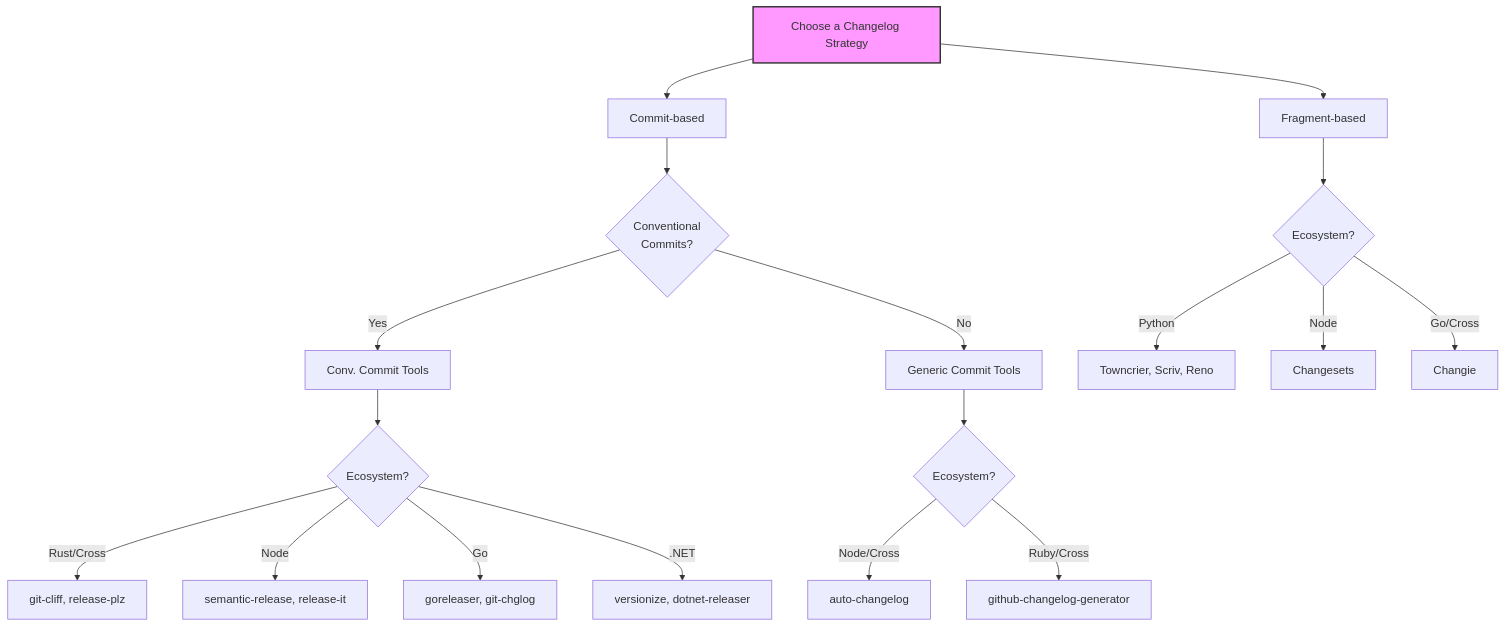
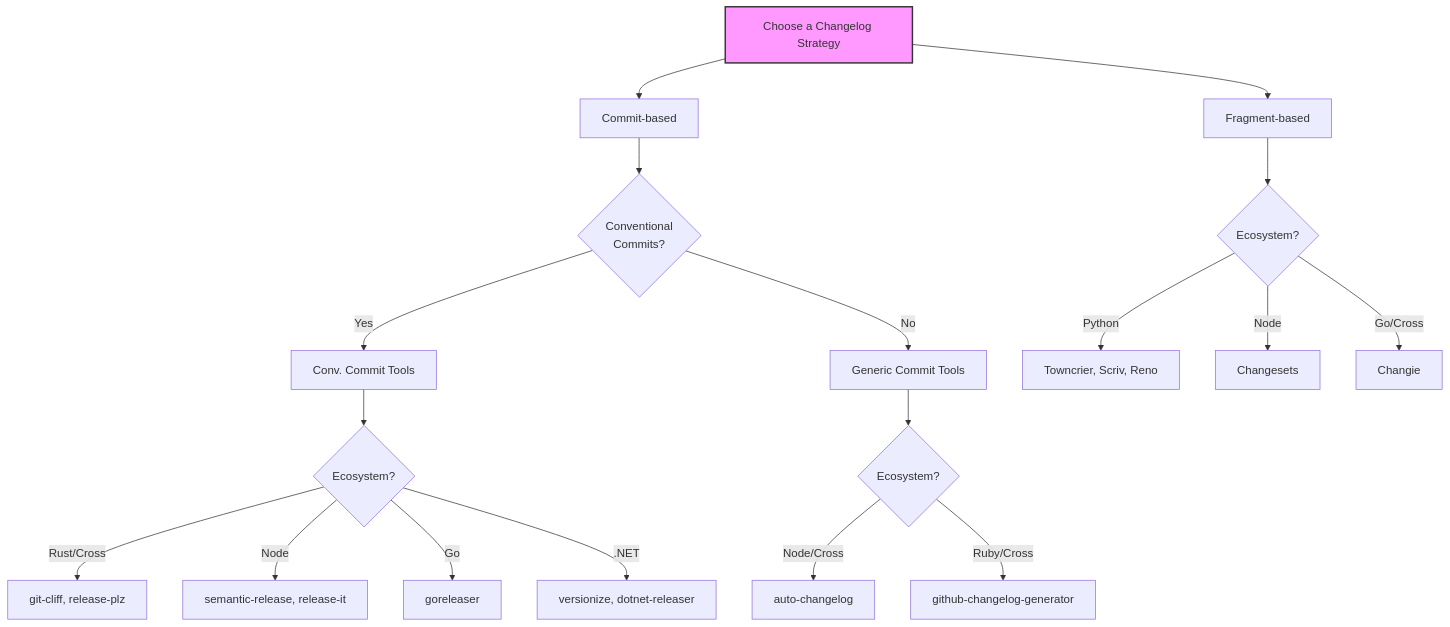
The diagram in content/pages/decision-chart.md (matthewdeanmartin/the_changelog_ecosystem), drawn with Mermaid before and after one commit. The commit also changed 17 other files, not shown here.

```diff
--- a/content/pages/decision-chart.md
+++ b/content/pages/decision-chart.md
@@ -9,29 +9,29 @@
 <div class="mermaid">
 graph TD
     Start[Choose a Changelog Strategy] --> Commits[Commit-based]
     Start --> Fragments[Fragment-based]
 
     Commits --> Conv{Conventional<br/>Commits?}
     Conv -->|Yes| ConvTools[Conv. Commit Tools]
     Conv -->|No| GenericCommits[Generic Commit Tools]
     
     Fragments --> FragEcosystem{Ecosystem?}
     FragEcosystem -->|Python| PyFrag[Towncrier, Scriv, Reno]
     FragEcosystem -->|Node| NodeFrag[Changesets]
     FragEcosystem -->|Go/Cross| GoFrag[Changie]
 
     ConvTools --> ConvEcosystem{Ecosystem?}
     ConvEcosystem -->|Rust/Cross| RustConv[git-cliff, release-plz]
     ConvEcosystem -->|Node| NodeConv[semantic-release, release-it]
-    ConvEcosystem -->|Go| GoConv[goreleaser, git-chglog]
+    ConvEcosystem -->|Go| GoConv[goreleaser]
     ConvEcosystem -->|.NET| DotNetConv[versionize, dotnet-releaser]
 
     GenericCommits --> GenEcosystem{Ecosystem?}
     GenEcosystem -->|Node/Cross| NodeGen[auto-changelog]
     GenEcosystem -->|Ruby/Cross| RubyGen[github-changelog-generator]
 
     %% Styles
     classDef highlight fill:#f9f,stroke:#333,stroke-width:2px;
     class Start highlight;
 
 </div>
```
